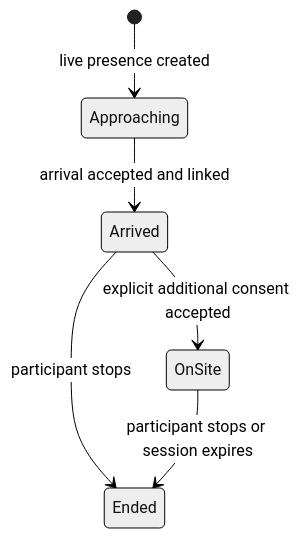
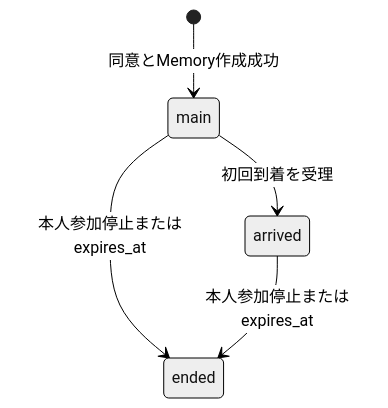
Before and after one commit to Mino829/trace-campus-installation: the first of 4 diagrams in docs/state-machine.md, drawn with Mermaid (neutral theme). The commit also changed other lines of this file and 23 other files, not shown here.

````diff
--- a/docs/state-machine.md
+++ b/docs/state-machine.md
@@ -41,8 +21,10 @@
 ```mermaid
 stateDiagram-v2
-    [*] --> Approaching: live presence created
-    Approaching --> Arrived: arrival accepted and linked
-    Arrived --> OnSite: explicit additional consent accepted
-    Arrived --> Ended: participant stops
-    OnSite --> Ended: participant stops or session expires
+    [*] --> Main: 同意とMemory作成成功
+    Main --> Arrived: 初回到着を受理
+    Main --> Ended: 本人参加停止またはexpires_at
+    Arrived --> Ended: 本人参加停止またはexpires_at
+    state "main" as Main
+    state "arrived" as Arrived
+    state "ended" as Ended
 ```
````
